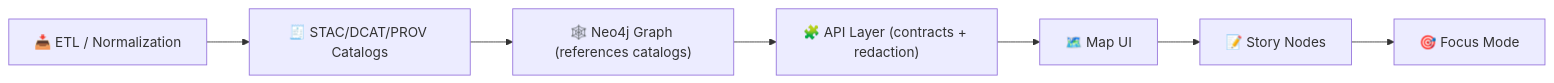
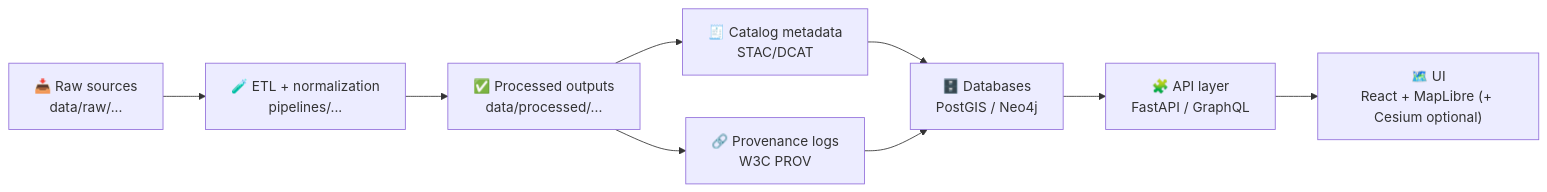
The diagram in docs/data/README.md (bartytime4life/Kansas-Frontier-Matrix), drawn with Mermaid before and after one commit. The commit also changed other lines of this file, not shown here.

````diff
--- a/docs/data/README.md
+++ b/docs/data/README.md
@@ -39,9 +38,11 @@
 ```mermaid
 flowchart LR
-  A["📥 ETL / Normalization"] --> B["🧾 STAC/DCAT/PROV Catalogs"]
-  B --> C["🕸️ Neo4j Graph (references catalogs)"]
-  C --> D["🧩 API Layer (contracts + redaction)"]
-  D --> E["🗺️ Map UI"]
-  E --> F["📝 Story Nodes"]
-  F --> G["🎯 Focus Mode"]
+  A["📥 Raw sources<br/>data/raw/..."] --> B["🧪 ETL + normalization<br/>pipelines/..."]
+  B --> C["✅ Processed outputs<br/>data/processed/..."]
+  C --> D["🧾 Catalog metadata<br/>STAC/DCAT"]
+  C --> E["🔗 Provenance logs<br/>W3C PROV"]
+  D --> F["🗄️ Databases<br/>PostGIS / Neo4j"]
+  E --> F
+  F --> G["🧩 API layer<br/>FastAPI / GraphQL"]
+  G --> H["🗺️ UI<br/>React + MapLibre (+ Cesium optional)"]
 ```
````
